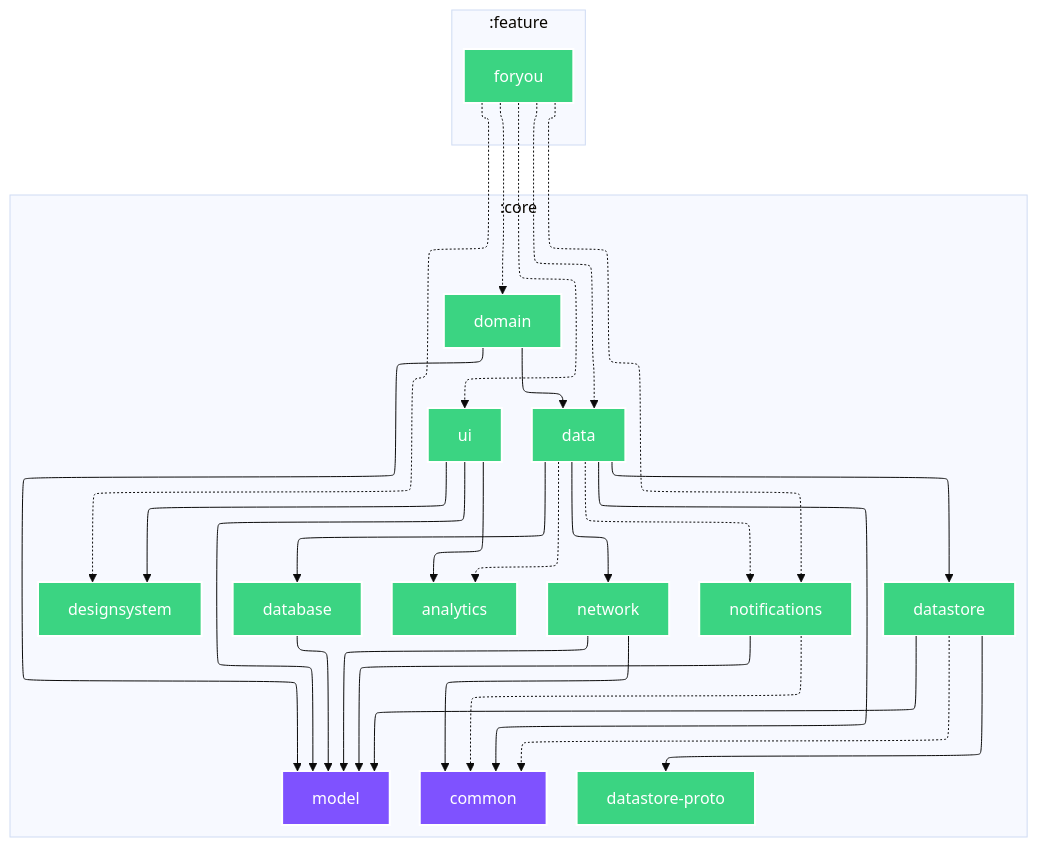
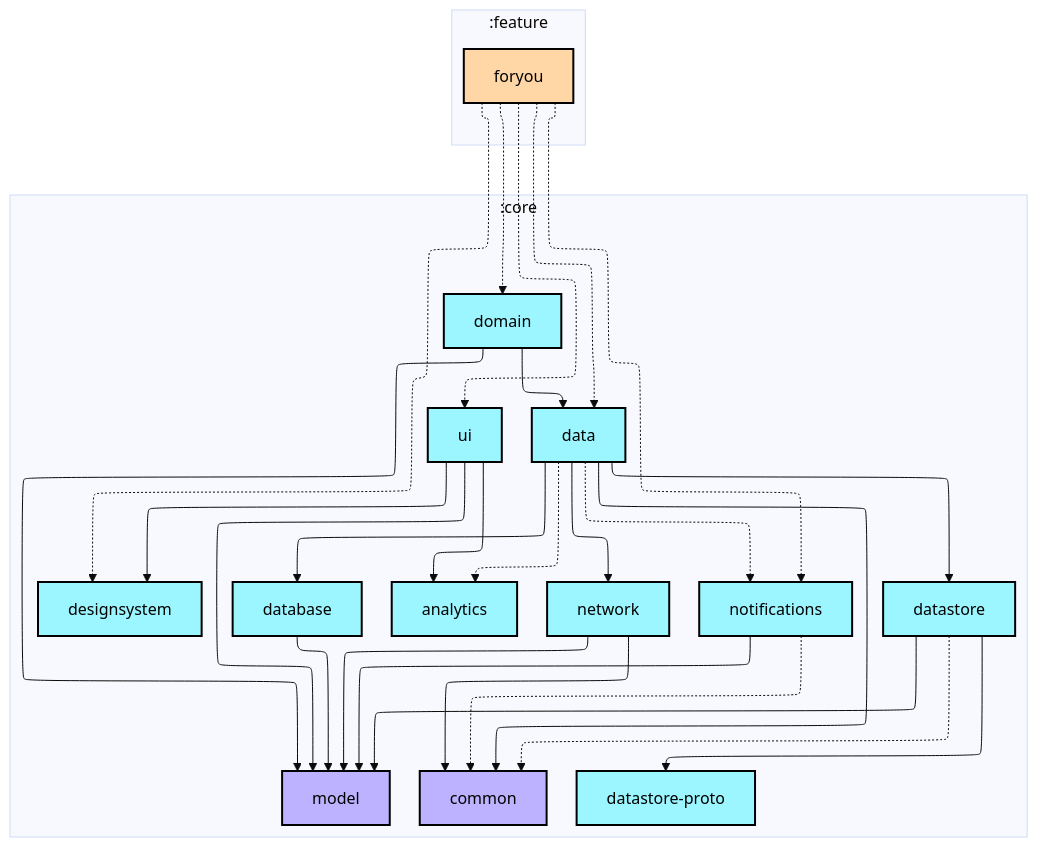
One commit to android/nowinandroid changed the diagram in feature/foryou/README.md. Above: the diagram before and after it, drawn with Mermaid (base theme). The commit also changed other lines of this file and 28 other files, not shown here.

````diff
--- a/feature/foryou/README.md
+++ b/feature/foryou/README.md
@@ -4,59 +6,60 @@
 ```mermaid
 ---
 config:
   layout: elk
   elk:
     nodePlacementStrategy: SIMPLE
 ---
 graph TB
   subgraph :core
     direction TB
     :core:analytics[analytics]:::android-library
-    :core:common[common]:::jvm
+    :core:common[common]:::jvm-library
     :core:data[data]:::android-library
     :core:database[database]:::android-library
     :core:datastore[datastore]:::android-library
     :core:datastore-proto[datastore-proto]:::android-library
     :core:designsystem[designsystem]:::android-library
     :core:domain[domain]:::android-library
-    :core:model[model]:::jvm
+    :core:model[model]:::jvm-library
     :core:network[network]:::android-library
     :core:notifications[notifications]:::android-library
     :core:ui[ui]:::android-library
   end
   subgraph :feature
     direction TB
-    :feature:foryou[foryou]:::android-library
+    :feature:foryou[foryou]:::android-feature
   end
 
   :core:data -.-> :core:analytics
   :core:data ---> :core:common
   :core:data ---> :core:database
   :core:data ---> :core:datastore
   :core:data ---> :core:network
   :core:data -.-> :core:notifications
   :core:database ---> :core:model
   :core:datastore -.-> :core:common
   :core:datastore ---> :core:datastore-proto
   :core:datastore ---> :core:model
   :core:domain ---> :core:data
   :core:domain ---> :core:model
   :core:network ---> :core:common
   :core:network ---> :core:model
   :core:notifications -.-> :core:common
   :core:notifications ---> :core:model
   :core:ui ---> :core:analytics
   :core:ui ---> :core:designsystem
   :core:ui ---> :core:model
   :feature:foryou -.-> :core:data
   :feature:foryou -.-> :core:designsystem
   :feature:foryou -.-> :core:domain
   :feature:foryou -.-> :core:notifications
   :feature:foryou -.-> :core:ui
 
-classDef android-application fill:#7F52FF,stroke:#fff,stroke-width:2px,color:#fff;
-classDef android-library fill:#3BD482,stroke:#fff,stroke-width:2px,color:#fff;
-classDef android-test fill:#3BD482,stroke:#fff,stroke-width:2px,color:#fff;
-classDef jvm fill:#7F52FF,stroke:#fff,stroke-width:2px,color:#fff;
-classDef unknown fill:#FF0000,stroke:#fff,stroke-width:2px,color:#fff;
+classDef android-application fill:#CAFFBF,stroke:#000,stroke-width:2px,color:#000;
+classDef android-feature fill:#FFD6A5,stroke:#000,stroke-width:2px,color:#000;
+classDef android-library fill:#9BF6FF,stroke:#000,stroke-width:2px,color:#000;
+classDef android-test fill:#A0C4FF,stroke:#000,stroke-width:2px,color:#000;
+classDef jvm-library fill:#BDB2FF,stroke:#000,stroke-width:2px,color:#000;
+classDef unknown fill:#FFADAD,stroke:#000,stroke-width:2px,color:#000;
 ```
````
